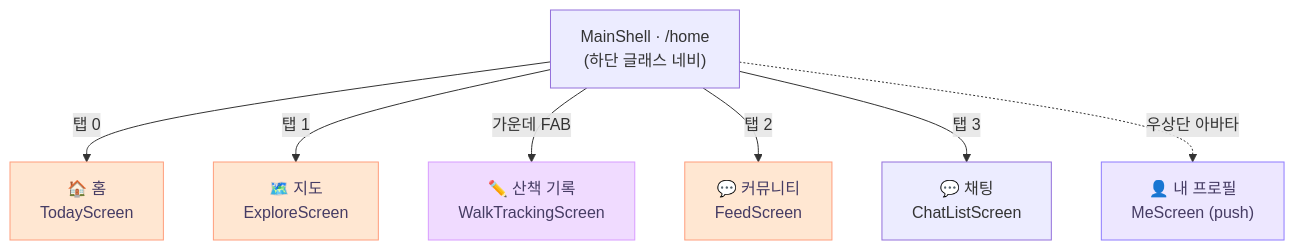
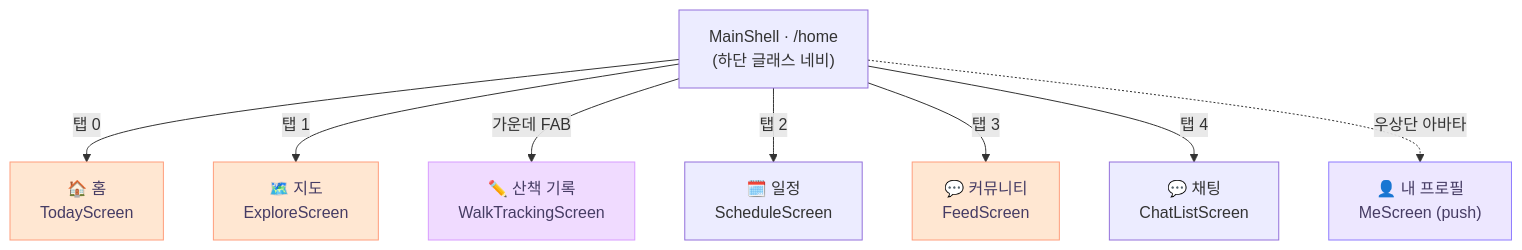
Before and after one commit to sanghyunbang/pawloop: the first of 8 diagrams in docs/01-design/information-architecture.md, drawn with Mermaid. The commit also changed other lines of this file and 15 other files, not shown here.

````diff
--- a/docs/01-design/information-architecture.md
+++ b/docs/01-design/information-architecture.md
@@ -22,19 +22,20 @@
 ```mermaid
 graph TD
     Root["MainShell · /home<br/>(하단 글래스 네비)"]
 
     Root -->|탭 0| Home["🏠 홈<br/>TodayScreen"]
     Root -->|탭 1| Map["🗺️ 지도<br/>ExploreScreen"]
     Root -->|가운데 FAB| Walk["✏️ 산책 기록<br/>WalkTrackingScreen"]
-    Root -->|탭 2| Community["💬 커뮤니티<br/>FeedScreen"]
-    Root -->|탭 3| Chat["💬 채팅<br/>ChatListScreen"]
+    Root -->|탭 2| Schedule["🗓️ 일정<br/>ScheduleScreen"]
+    Root -->|탭 3| Community["💬 커뮤니티<br/>FeedScreen"]
+    Root -->|탭 4| Chat["💬 채팅<br/>ChatListScreen"]
 
     Root -.우상단 아바타.-> Me["👤 내 프로필<br/>MeScreen (push)"]
 
     classDef tab fill:#FFE7D2,stroke:#FF9E7D,color:#463C64;
     classDef fab fill:#F0DBFF,stroke:#D89BFF,color:#463C64;
     classDef global fill:#EDE7FF,stroke:#8E7BFF,color:#463C64;
     class Home,Map,Community,Stats tab;
     class Walk fab;
     class Me global;
 ```
````
